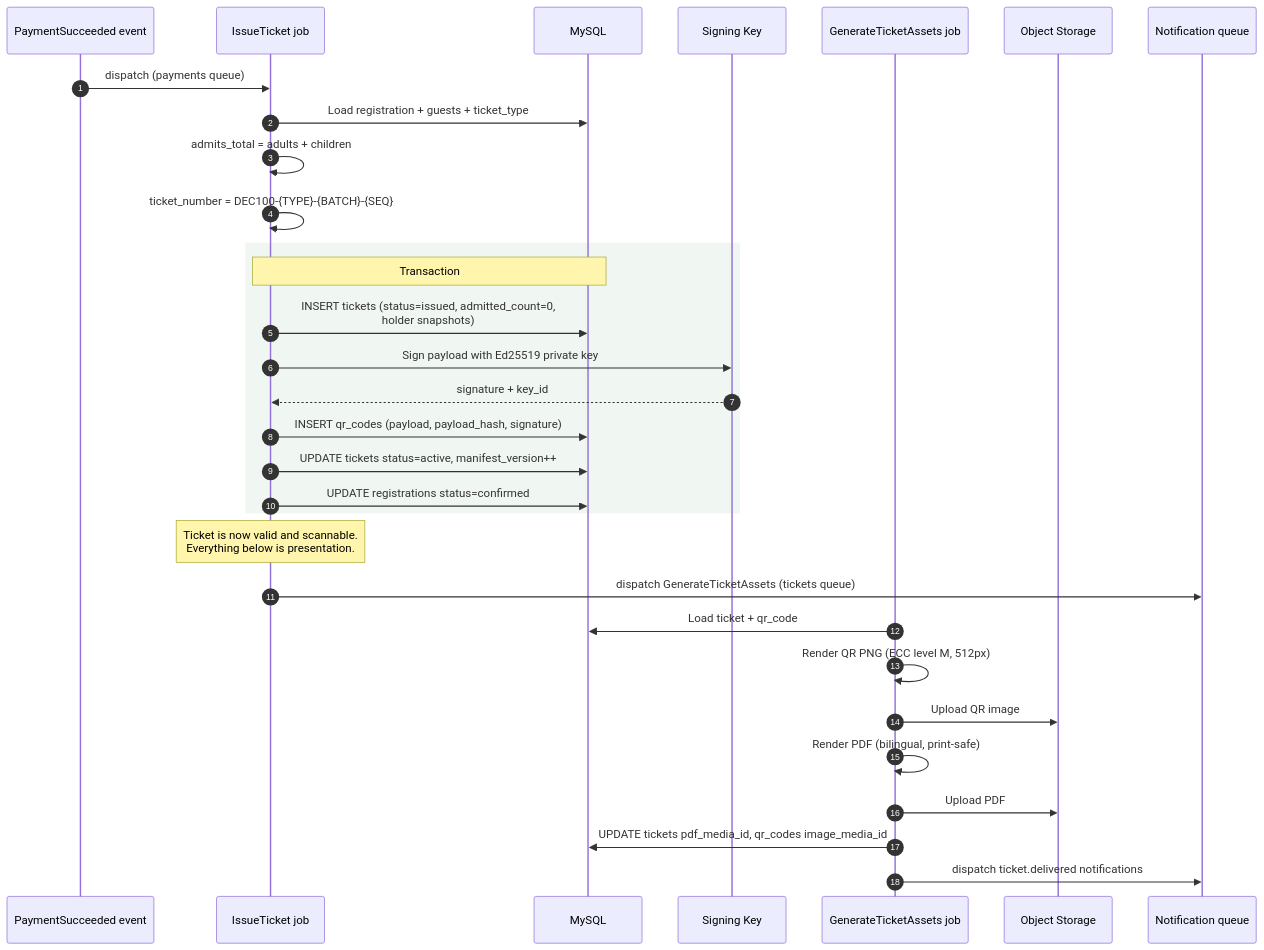
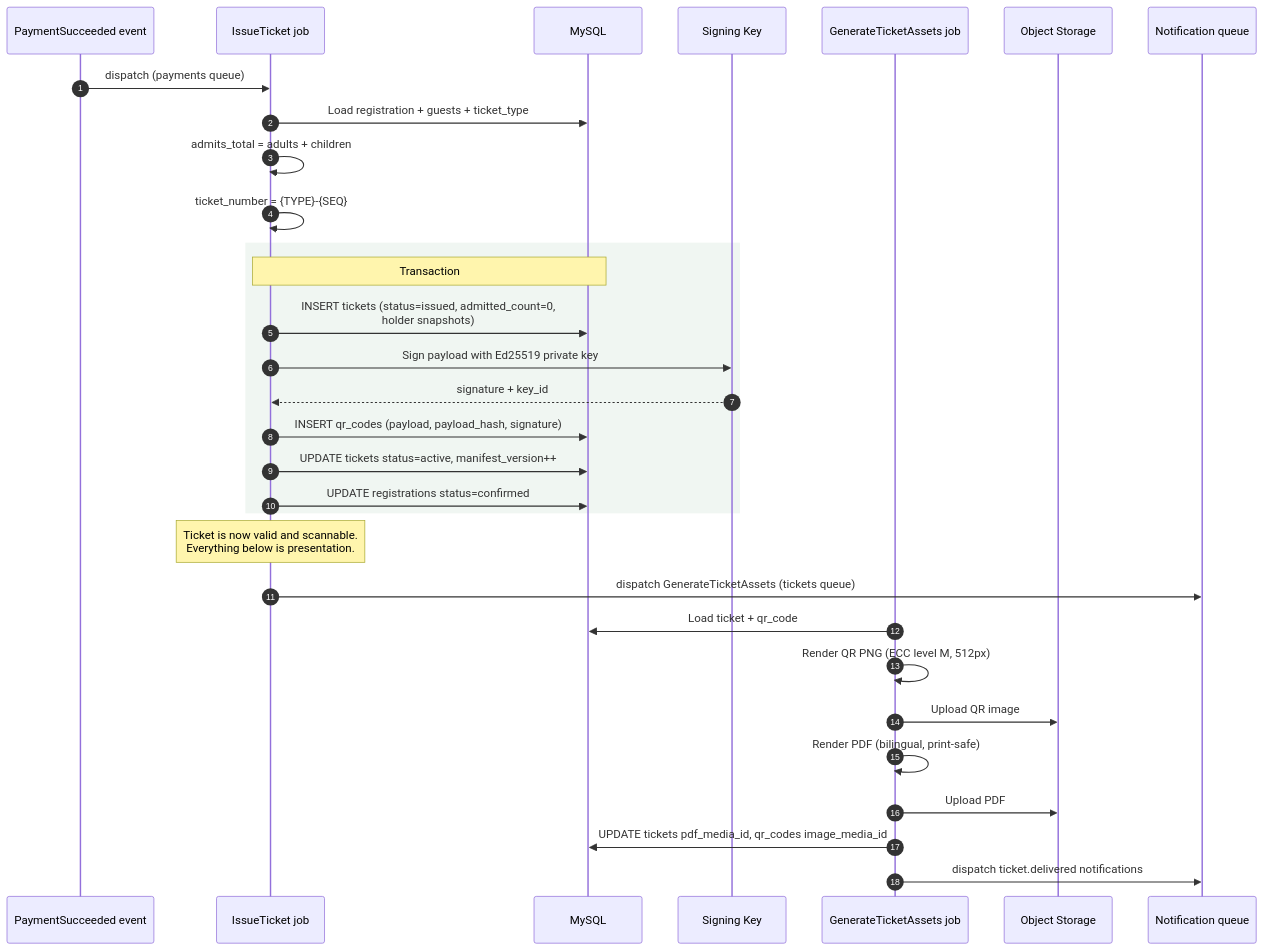
One commit to mominuldev/decent-event-management changed the sixth of 12 diagrams in docs/05-data-flows.md. Above: the diagram before and after it, drawn with Mermaid. The commit also changed other lines of this file and 15 other files, not shown here.

````diff
--- a/docs/05-data-flows.md
+++ b/docs/05-data-flows.md
@@ -246,38 +246,38 @@
 ```mermaid
 sequenceDiagram
     autonumber
     participant EV as PaymentSucceeded event
     participant J1 as IssueTicket job
     participant DB as MySQL
     participant KMS as Signing Key
     participant J2 as GenerateTicketAssets job
     participant S3 as Object Storage
     participant Q as Notification queue
 
     EV->>J1: dispatch (payments queue)
     J1->>DB: Load registration + guests + ticket_type
     J1->>J1: admits_total = adults + children
-    J1->>J1: ticket_number = DEC100-{TYPE}-{BATCH}-{SEQ}
+    J1->>J1: ticket_number = {TYPE}-{SEQ}
 
     rect rgb(240,246,242)
     Note over J1,DB: Transaction
     J1->>DB: INSERT tickets (status=issued, admitted_count=0,<br/>holder snapshots)
     J1->>KMS: Sign payload with Ed25519 private key
     KMS-->>J1: signature + key_id
     J1->>DB: INSERT qr_codes (payload, payload_hash, signature)
     J1->>DB: UPDATE tickets status=active, manifest_version++
     J1->>DB: UPDATE registrations status=confirmed
     end
 
     Note over J1: Ticket is now valid and scannable.<br/>Everything below is presentation.
 
     J1->>Q: dispatch GenerateTicketAssets (tickets queue)
 
     J2->>DB: Load ticket + qr_code
     J2->>J2: Render QR PNG (ECC level M, 512px)
     J2->>S3: Upload QR image
     J2->>J2: Render PDF (bilingual, print-safe)
     J2->>S3: Upload PDF
     J2->>DB: UPDATE tickets pdf_media_id, qr_codes image_media_id
     J2->>Q: dispatch ticket.delivered notifications
 ```
````
